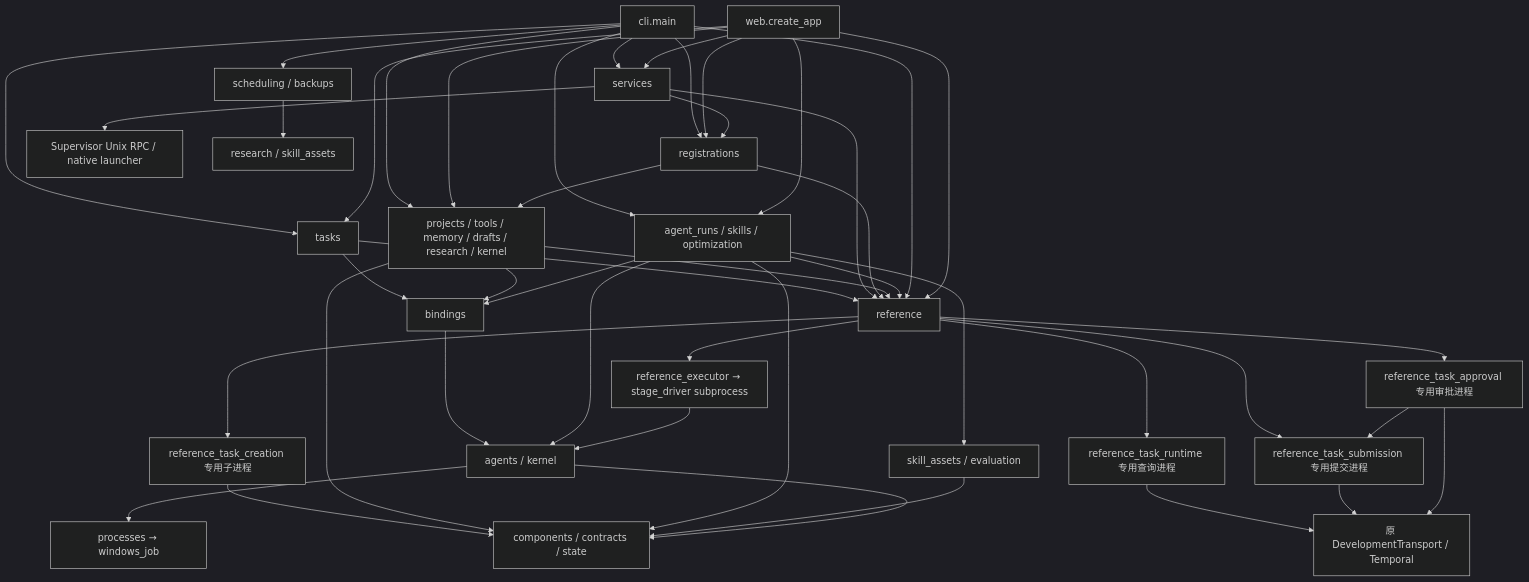
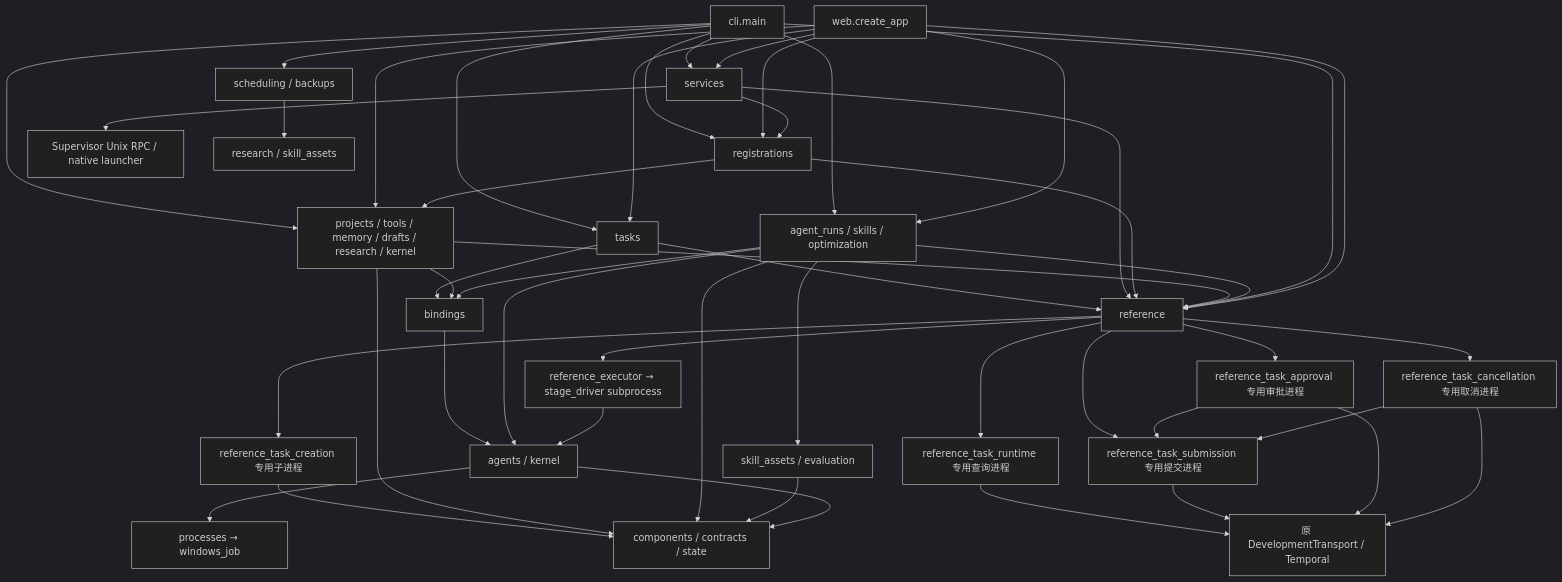
Before and after one commit to 626619403/Ergora: the first of 4 diagrams in docs/architecture/current.md, drawn with Mermaid (dark theme). The commit also changed other lines of this file and 22 other files, not shown here.

````diff
--- a/docs/architecture/current.md
+++ b/docs/architecture/current.md
@@ -9,47 +9,50 @@
 ```mermaid
 flowchart TB
   CLI[cli.main] --> Query[projects / tools / memory / drafts / research / kernel]
   Web[web.create_app] --> Query
   CLI --> Registration[registrations]
   Web --> Registration
   Registration --> Query
   CLI --> Services[services]
   Web --> Services
   CLI --> Tasks[tasks]
   Web --> Tasks
   Tasks --> Bindings
   Tasks --> Ref
   Services --> Registration
   Services --> Ref
   Services --> Supervisor[Supervisor Unix RPC / native launcher]
   Registration --> Ref
   CLI --> Uses[agent_runs / skills / optimization]
   Web --> Uses
   Uses --> Assets[skill_assets / evaluation]
   Query --> Bindings[bindings]
   Uses --> Bindings
   Bindings --> Native[agents / kernel]
   Uses --> Native
   Native --> Processes[processes → windows_job]
   CLI --> Optional[scheduling / backups]
   Optional --> Research[research / skill_assets]
   Query --> Ref[reference]
   Uses --> Ref
   CLI --> Ref
   Web --> Ref
   Ref --> Creation[reference_task_creation 专用子进程]
   Creation --> Foundations
   Ref --> RuntimeQuery[reference_task_runtime 专用查询进程]
   RuntimeQuery --> Temporal[原 DevelopmentTransport / Temporal]
   Ref --> Submission[reference_task_submission 专用提交进程]
   Submission --> Temporal
   Ref --> Approval[reference_task_approval 专用审批进程]
   Approval --> Submission
   Approval --> Temporal
+  Ref --> Cancellation[reference_task_cancellation 专用取消进程]
+  Cancellation --> Submission
+  Cancellation --> Temporal
   Ref --> Bridge[reference_executor → stage_driver subprocess]
   Bridge --> Native
   Query --> Foundations[components / contracts / state]
   Uses --> Foundations
   Assets --> Foundations
   Native --> Foundations
 ```
````
